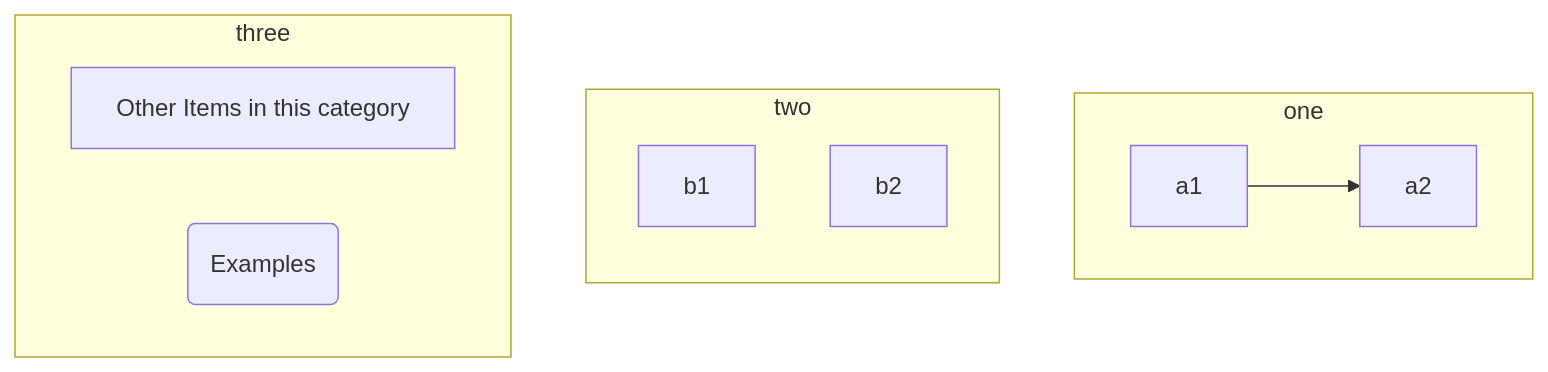
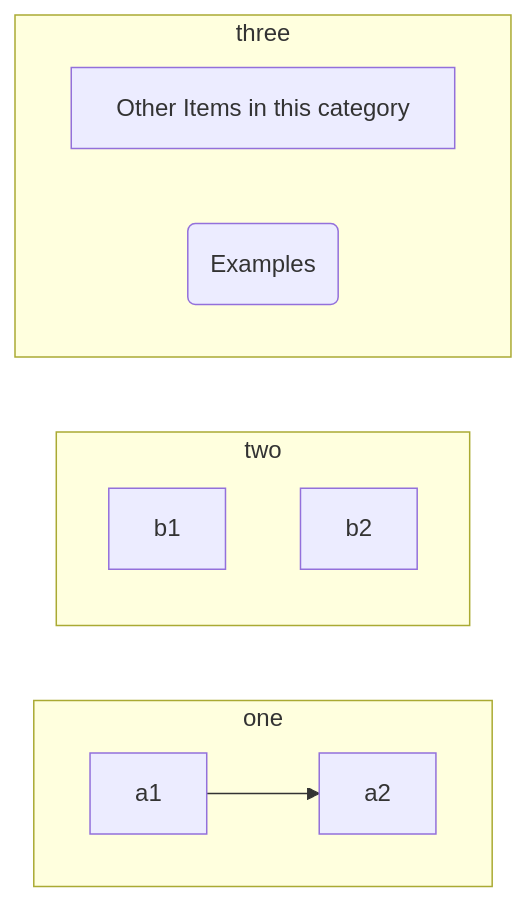
Before and after one commit to gerbssusd/dok: the diagram in slides.md, drawn with Mermaid.

````diff
--- a/slides.md
+++ b/slides.md
@@ -217,23 +217,23 @@
 ```mermaid
-flowchart TB
+flowchart LR
     subgraph one 
      direction LR
     a1-->a2
      end
     subgraph two
       direction TB
        b1
         b2
         end
     subgraph three 
       direction LR
     c1[Other Items in this category] 
     c2(Examples)
     end
 
 
 
 
 
 
 ```
````
